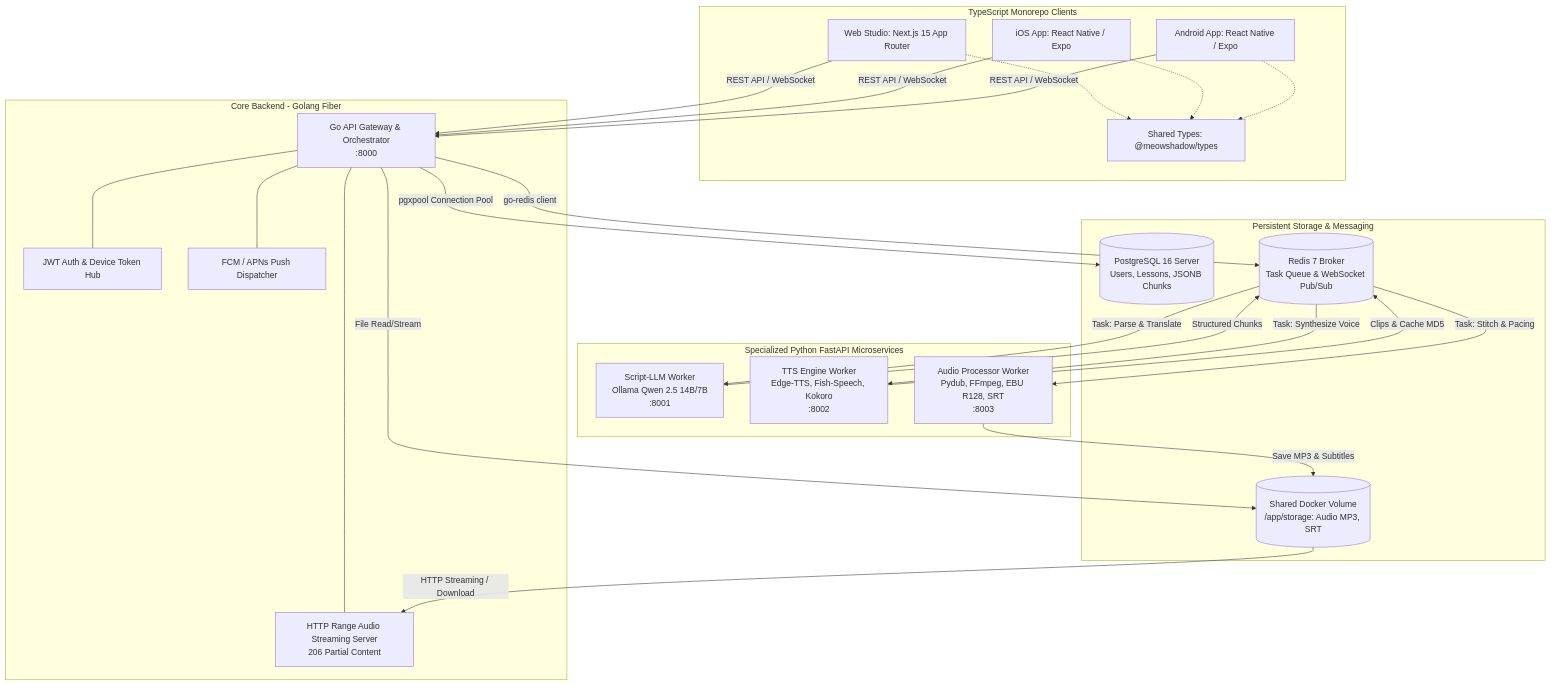
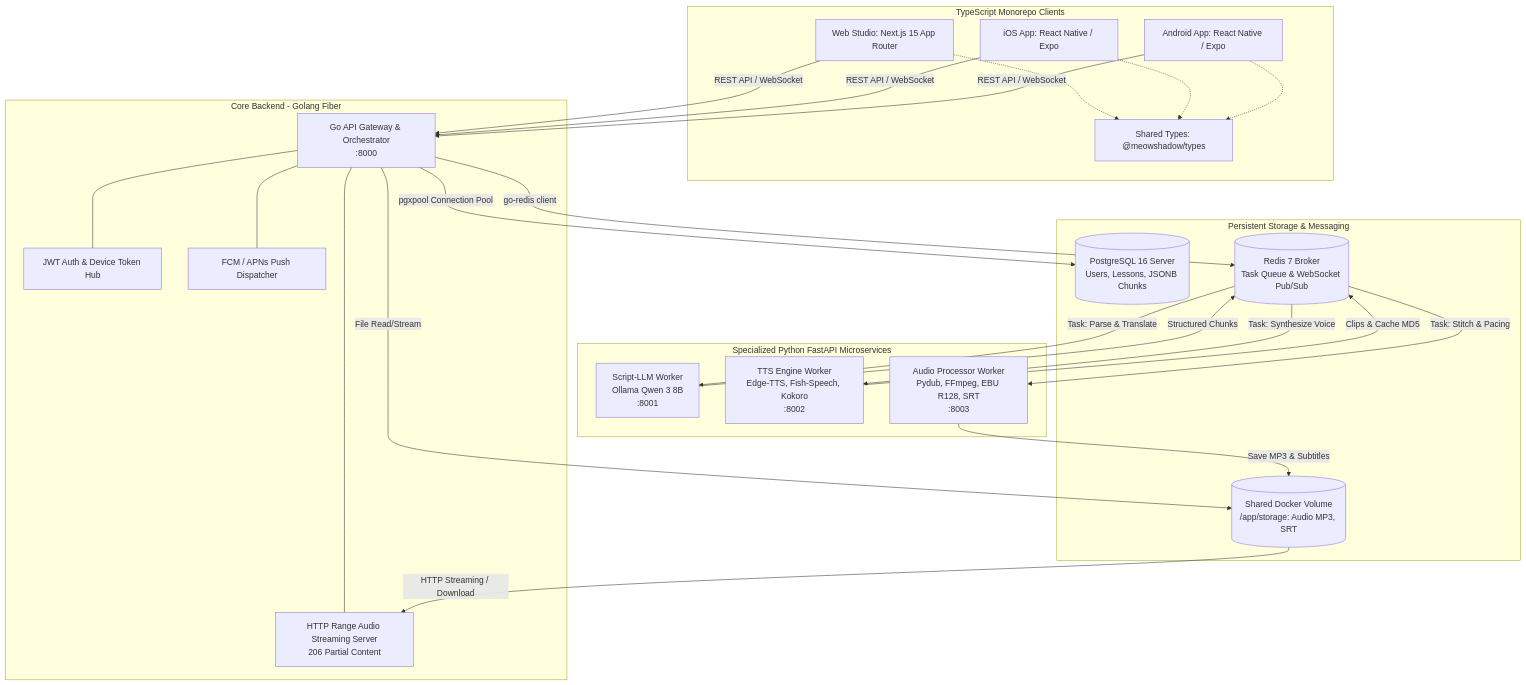
Before and after one commit to tranviet-tv/MeowShadow_Lab: the diagram in docs/2_ARCHITECTURE_TECHSTACK.md, drawn with Mermaid. The commit also changed other lines of this file and 9 other files, not shown here.

Commit message:
feat(script-llm): package Docker container, verify 1500-word parser benchmark, and upgrade to Qwen 3 8B (SP06-05)

````diff
--- a/docs/2_ARCHITECTURE_TECHSTACK.md
+++ b/docs/2_ARCHITECTURE_TECHSTACK.md
@@ -21,50 +21,50 @@
 ```mermaid
 flowchart TD
     subgraph Client Layer [TypeScript Monorepo Clients]
         WEB[Web Studio: Next.js 15 App Router]
         MOBILE_IOS[iOS App: React Native / Expo]
         MOBILE_AND[Android App: React Native / Expo]
         SHARED_TYPES[Shared Types: @meowshadow/types]
         WEB & MOBILE_IOS & MOBILE_AND -.-> SHARED_TYPES
     end
 
     subgraph Gateway Layer [Core Backend - Golang Fiber]
         GW[Go API Gateway & Orchestrator\n:8000]
         AUTH[JWT Auth & Device Token Hub]
         STREAM_SRV[HTTP Range Audio Streaming Server\n206 Partial Content]
         NOTIF_SRV[FCM / APNs Push Dispatcher]
         
         GW --- AUTH
         GW --- STREAM_SRV
         GW --- NOTIF_SRV
     end
 
     subgraph Data & Broker Layer [Persistent Storage & Messaging]
         PG[(PostgreSQL 16 Server\nUsers, Lessons, JSONB Chunks)]
         REDIS[(Redis 7 Broker\nTask Queue & WebSocket Pub/Sub)]
         SHARED_VOL[(Shared Docker Volume\n/app/storage: Audio MP3, SRT)]
         
         GW -->|pgxpool Connection Pool| PG
         GW -->|go-redis client| REDIS
         GW -->|File Read/Stream| SHARED_VOL
     end
 
     subgraph AI Workers Layer [Specialized Python FastAPI Microservices]
-        SVC_SCRIPT[Script-LLM Worker\nOllama Qwen 2.5 14B/7B\n:8001]
+        SVC_SCRIPT[Script-LLM Worker\nOllama Qwen 3 8B\n:8001]
         SVC_TTS[TTS Engine Worker\nEdge-TTS, Fish-Speech, Kokoro\n:8002]
         SVC_AUDIO[Audio Processor Worker\nPydub, FFmpeg, EBU R128, SRT\n:8003]
     end
 
     WEB & MOBILE_IOS & MOBILE_AND -->|REST API / WebSocket| GW
     
     REDIS -->|Task: Parse & Translate| SVC_SCRIPT
     SVC_SCRIPT -->|Structured Chunks| REDIS
     
     REDIS -->|Task: Synthesize Voice| SVC_TTS
     SVC_TTS -->|Clips & Cache MD5| REDIS
     
     REDIS -->|Task: Stitch & Pacing| SVC_AUDIO
     SVC_AUDIO -->|Save MP3 & Subtitles| SHARED_VOL
     
     SHARED_VOL -->|HTTP Streaming / Download| STREAM_SRV
 ```
````
